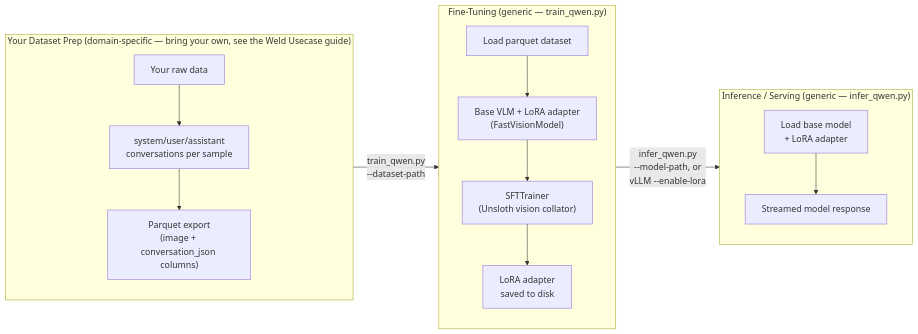
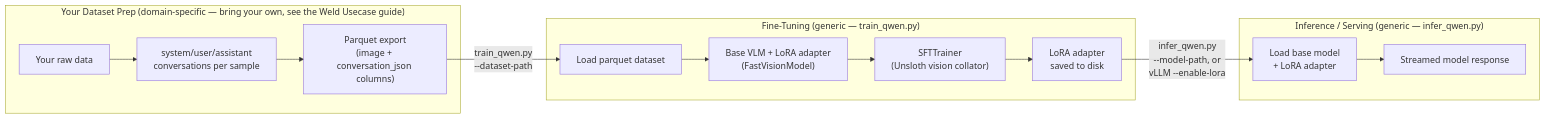
One commit to open-edge-platform/edge-ai-suites changed the diagram in manufacturing-ai-suite/industrial-edge-insights-multimodal/docs/user-guide/how-to-guides/how-to-fine-tune-vlm.md. Above: the diagram before and after it, drawn with Mermaid.

Commit message:
mermaid syntax

````diff
--- a/manufacturing-ai-suite/industrial-edge-insights-multimodal/docs/user-guide/how-to-guides/how-to-fine-tune-vlm.md
+++ b/manufacturing-ai-suite/industrial-edge-insights-multimodal/docs/user-guide/how-to-guides/how-to-fine-tune-vlm.md
@@ -140,23 +140,20 @@
 ```mermaid
 flowchart LR
     subgraph S0["Your Dataset Prep (domain-specific — bring your own, see the Weld Usecase guide)"]
-        direction TD
         A["Your raw data"] --> B["system/user/assistant</br>conversations per sample"]
         B --> C["Parquet export</br>(image + conversation_json columns)"]
     end
 
     subgraph S1["Fine-Tuning (generic — train_qwen.py)"]
-        direction TD
         E["Load parquet dataset"] --> F["Base VLM + LoRA adapter</br>(FastVisionModel)"]
         F --> G["SFTTrainer</br>(Unsloth vision collator)"]
         G --> H["LoRA adapter</br>saved to disk"]
     end
 
     subgraph S2["Inference / Serving (generic — infer_qwen.py)"]
-        direction TD
         J["Load base model</br>+ LoRA adapter"] --> K["Streamed model response"]
     end
 
     C -->|"train_qwen.py</br>--dataset-path"| E
     H -->|"infer_qwen.py</br>--model-path, or</br>vLLM --enable-lora"| J
 ```
````
